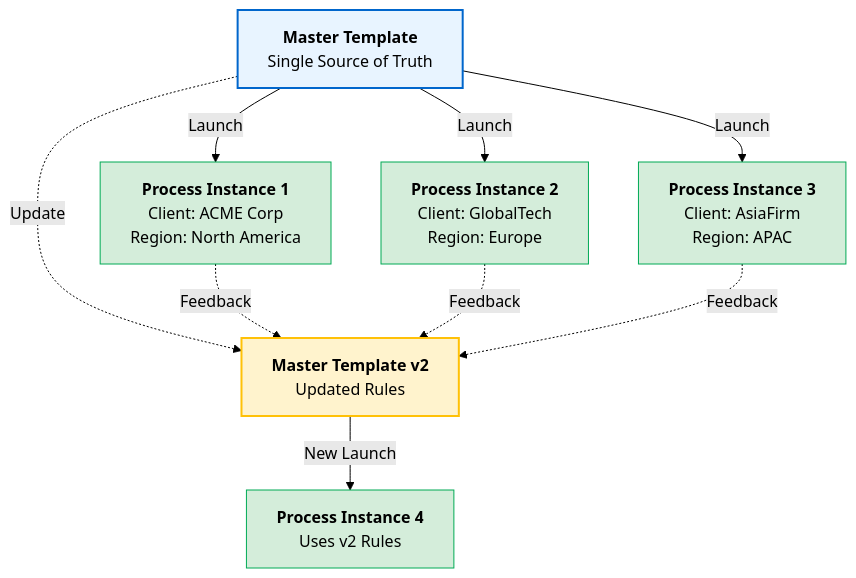
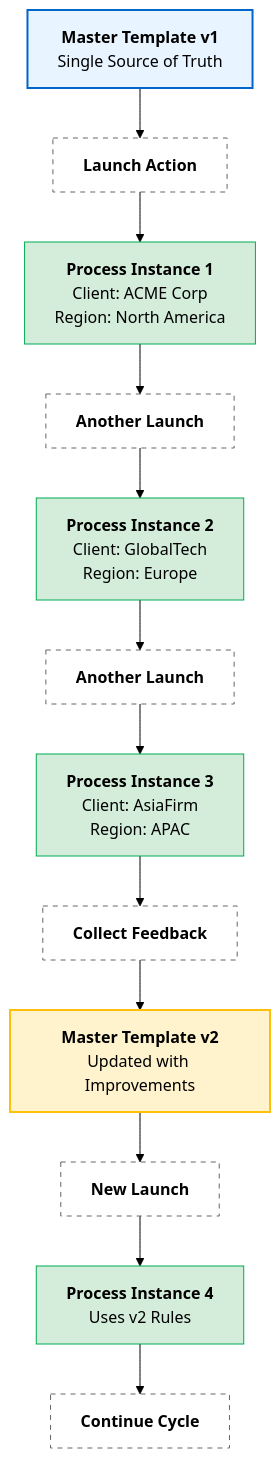
Before and after one commit to tallyfy/documentation: the diagram in src/content/docs/pro/documenting/templates/master-templates-vs-processes.mdx, drawn with Mermaid (forest theme). The commit also changed 3 other files, not shown here.

````diff
--- a/src/content/docs/pro/documenting/templates/master-templates-vs-processes.mdx
+++ b/src/content/docs/pro/documenting/templates/master-templates-vs-processes.mdx
@@ -23,38 +23,49 @@
 ```mermaid
 graph TD
-    MT["`**Master Template**
-Single Source of Truth`"]
+    MT["`**Master Template v1**
+    Single Source of Truth`"]
     
-    MT -->|"`Launch`"| P1["`**Process Instance 1**
-Client: ACME Corp
-Region: North America`"]
-    MT -->|"`Launch`"| P2["`**Process Instance 2**
-Client: GlobalTech
-Region: Europe`"]
-    MT -->|"`Launch`"| P3["`**Process Instance 3**
-Client: AsiaFirm
-Region: APAC`"]
+    MT --> Launch1["`**Launch Action**`"]
     
-    MT2["`**Master Template v2**
-Updated Rules`"]
-    MT -.->|Update| MT2
+    Launch1 --> P1["`**Process Instance 1**
+    Client: ACME Corp
+    Region: North America`"]
     
-    MT2 -->|"`New Launch`"| P4["`**Process Instance 4**
-Uses v2 Rules`"]
+    P1 --> Launch2["`**Another Launch**`"]
     
-    P1 -.->|Feedback| MT2
-    P2 -.->|Feedback| MT2
-    P3 -.->|Feedback| MT2
+    Launch2 --> P2["`**Process Instance 2**
+    Client: GlobalTech
+    Region: Europe`"]
+    
+    P2 --> Launch3["`**Another Launch**`"]
+    
+    Launch3 --> P3["`**Process Instance 3**
+    Client: AsiaFirm
+    Region: APAC`"]
+    
+    P3 --> Feedback["`**Collect Feedback**`"]
+    
+    Feedback --> MT2["`**Master Template v2**
+    Updated with Improvements`"]
+    
+    MT2 --> Launch4["`**New Launch**`"]
+    
+    Launch4 --> P4["`**Process Instance 4**
+    Uses v2 Rules`"]
+    
+    P4 --> Continue["`**Continue Cycle**`"]
     
     classDef template fill:#E8F4FF,stroke:#0066CC,stroke-width:2px
     classDef process fill:#D4EDDA,stroke:#00AA55
+    classDef action fill:transparent,stroke:#666,stroke-dasharray: 5 5
     classDef updated fill:#FFF3CD,stroke:#FFC107
     
     class MT,MT2 template
     class P1,P2,P3,P4 process
+    class Launch1,Launch2,Launch3,Launch4,Feedback,Continue action
     class MT2 updated
     
     %% Add hyperlinks to related docs
     click MT "/products/pro/documenting/templates/index/" "Learn about templates"
     click P1 "/products/pro/tracking-and-tasks/processes/index/" "Learn about processes"
 ```
````
